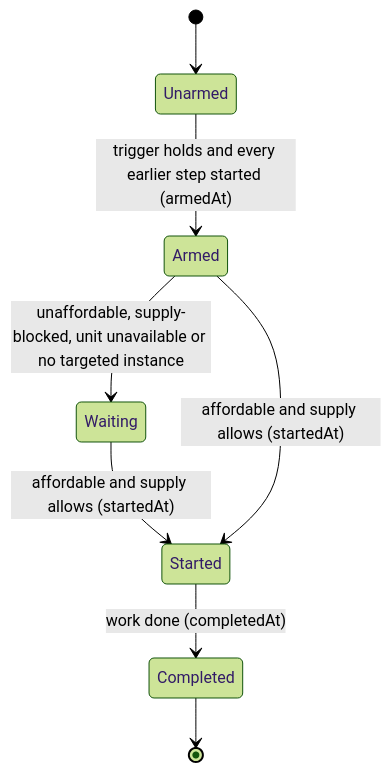
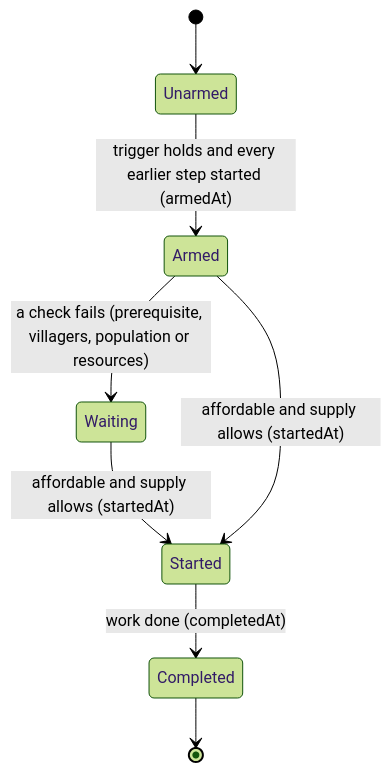
One commit to NicholasKChoi/WOTR_Combat_Simulator changed the second of 2 diagrams in docs/aoe4-build-order.md. Above: the diagram before and after it, drawn with Mermaid (forest theme). The commit also changed other lines of this file and 11 other files, not shown here.

````diff
--- a/docs/aoe4-build-order.md
+++ b/docs/aoe4-build-order.md
@@ -623,10 +632,10 @@
 ```mermaid
 stateDiagram-v2
   [*] --> Unarmed
   Unarmed --> Armed: trigger holds and every earlier step started (armedAt)
-  Armed --> Waiting: unaffordable, supply-blocked, unit unavailable or no targeted instance
+  Armed --> Waiting: a check fails (prerequisite, villagers, population or resources)
   Waiting --> Started: affordable and supply allows (startedAt)
   Armed --> Started: affordable and supply allows (startedAt)
   Started --> Completed: work done (completedAt)
   Completed --> [*]
 ```
````
